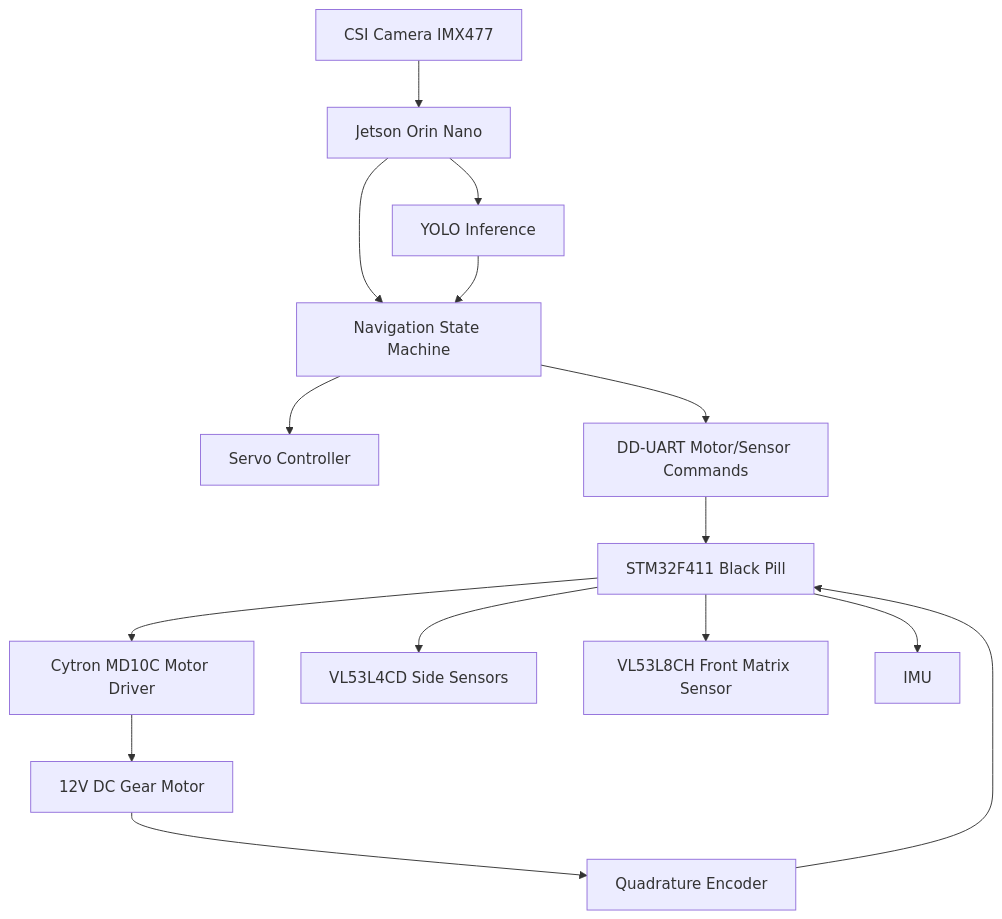
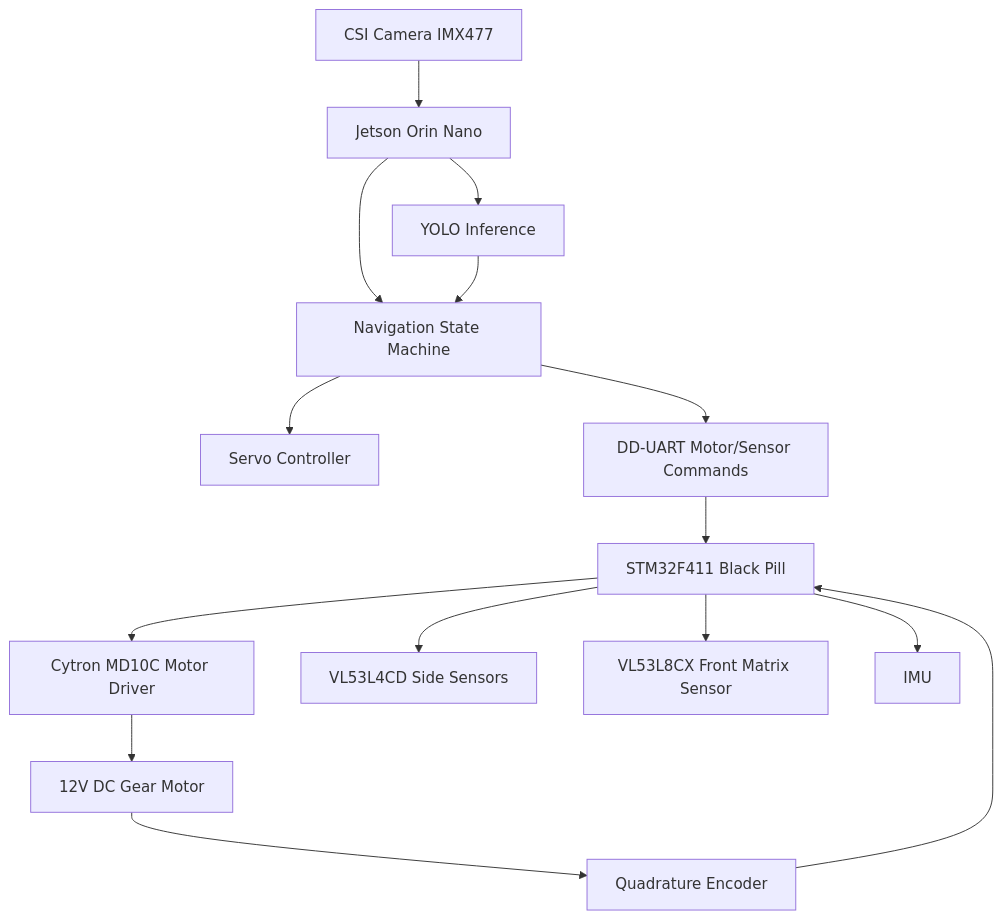
One commit to Denis-D220/WRO-MetallicMadness changed the first of 5 diagrams in docs/03-software-architecture.md. Above: the diagram before and after it, drawn with Mermaid. The commit also changed other lines of this file and 10 other files, not shown here.

````diff
--- a/docs/03-software-architecture.md
+++ b/docs/03-software-architecture.md
@@ -27,20 +27,20 @@
 ```mermaid
 flowchart TD
     A[CSI Camera IMX477] --> B[Jetson Orin Nano]
     B --> C[YOLO Inference]
     B --> D[Navigation State Machine]
     C --> D
     D --> E[Servo Controller]
     D --> F[DD-UART Motor/Sensor Commands]
 
     F --> G[STM32F411 Black Pill]
     G --> H[Cytron MD10C Motor Driver]
     H --> I[12V DC Gear Motor]
 
     I --> J[Quadrature Encoder]
     J --> G
 
     G --> K[VL53L4CD Side Sensors]
-    G --> L[VL53L8CH Front Matrix Sensor]
+    G --> L[VL53L8CX Front Matrix Sensor]
     G --> M[IMU]
 ```
````
